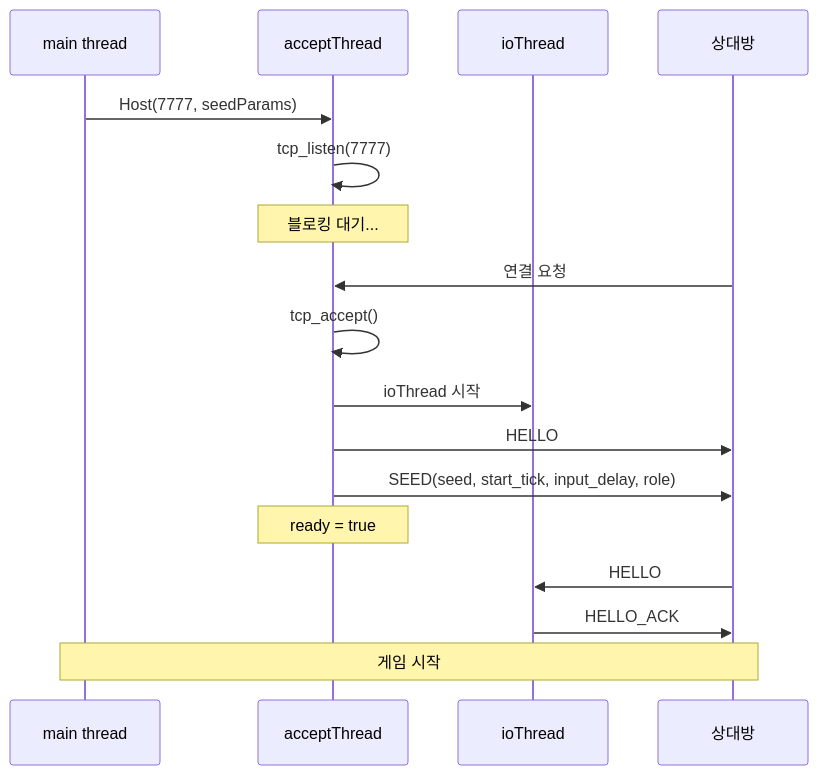
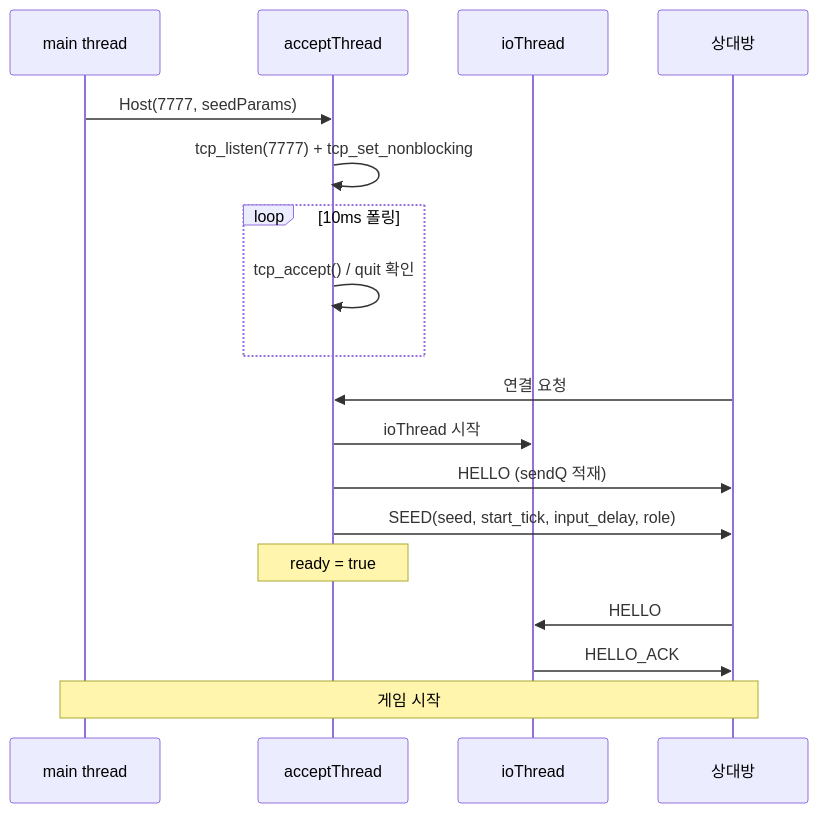
One commit to Rein-ArXiv/Tetris-Multiplayer-RL changed the second of 13 diagrams in docs/blog/part6-lockstep-networking.md. Above: the diagram before and after it, drawn with Mermaid. The commit also changed other lines of this file and 41 other files, not shown here.

````diff
--- a/docs/blog/part6-lockstep-networking.md
+++ b/docs/blog/part6-lockstep-networking.md
@@ -383,20 +793,21 @@
 ```mermaid
 sequenceDiagram
     participant Main as main thread
     participant AccT as acceptThread
     participant IOT as ioThread
     participant Peer as 상대방
 
     Main->>AccT: Host(7777, seedParams)
-    AccT->>AccT: tcp_listen(7777)
-    Note over AccT: 블로킹 대기...
+    AccT->>AccT: tcp_listen(7777) + tcp_set_nonblocking
+    loop 10ms 폴링
+        AccT->>AccT: tcp_accept() / quit 확인
+    end
     Peer->>AccT: 연결 요청
-    AccT->>AccT: tcp_accept()
     AccT->>IOT: ioThread 시작
-    AccT->>Peer: HELLO
+    AccT->>Peer: HELLO (sendQ 적재)
     AccT->>Peer: SEED(seed, start_tick, input_delay, role)
     Note over AccT: ready = true
     Peer->>IOT: HELLO
     IOT->>Peer: HELLO_ACK
     Note over Main,Peer: 게임 시작
 ```
````
